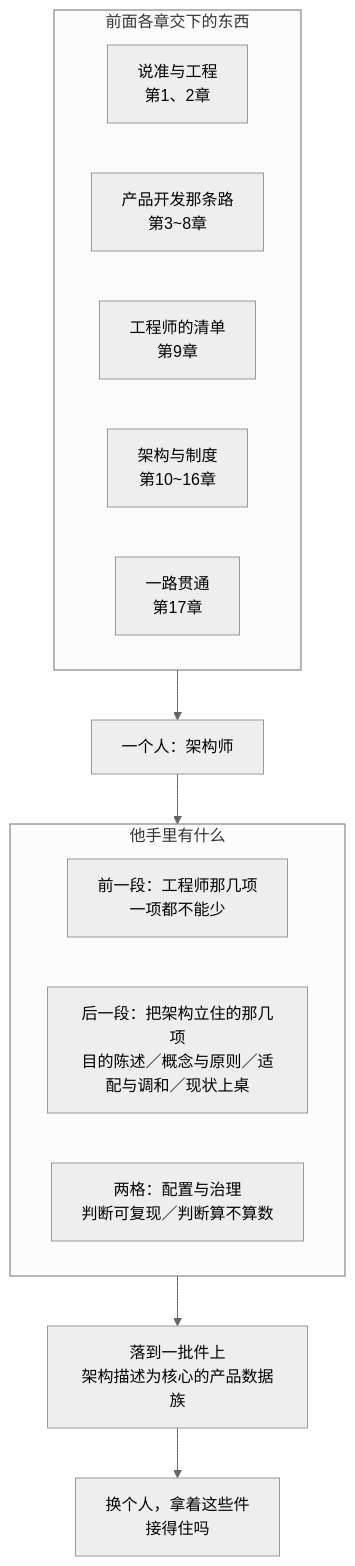
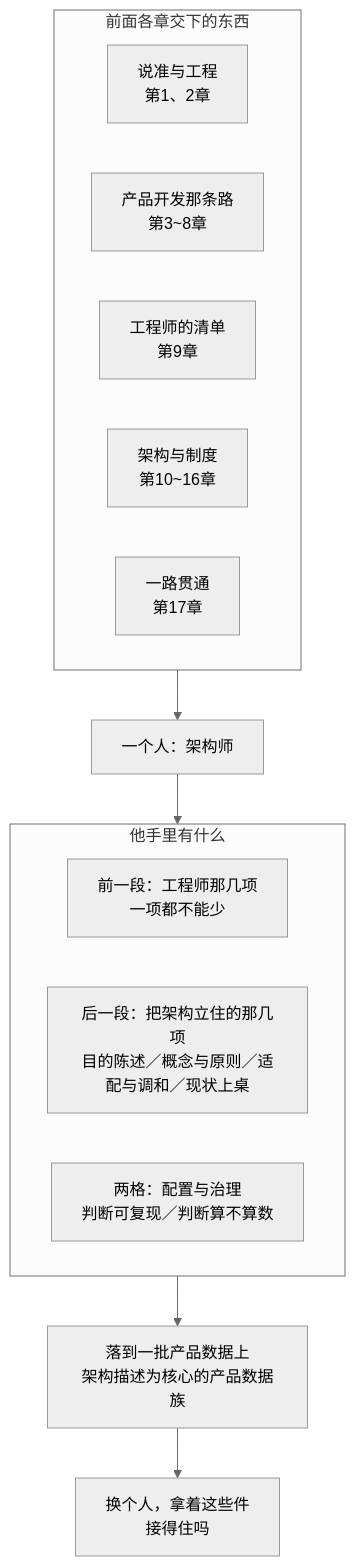
The diagram in 100-subprojects/01-系统工程研究/03-架构师是个怎样的物种/18-第18章-架构师-到底应具备哪些能力.md (Yongjunzhou/AOS-system-design), drawn with Mermaid (neutral theme) before and after one commit. The commit also changed other lines of this file and 61 other files, not shown here.

````diff
--- a/100-subprojects/01-系统工程研究/03-架构师是个怎样的物种/18-第18章-架构师-到底应具备哪些能力.md
+++ b/100-subprojects/01-系统工程研究/03-架构师是个怎样的物种/18-第18章-架构师-到底应具备哪些能力.md
@@ -548,21 +548,21 @@
 ```mermaid
 flowchart TB
   subgraph IN["前面各章交下的东西"]
     direction LR
     A1["说准与工程<br/>第1、2章"]
     A2["产品开发那条路<br/>第3~8章"]
     A3["工程师的清单<br/>第9章"]
     A4["架构与制度<br/>第10~16章"]
     A5["一路贯通<br/>第17章"]
   end
   IN --> WHO["一个人：架构师"]
   subgraph WHO2["他手里有什么"]
     direction LR
     L1["前一段：工程师那几项<br/>一项都不能少"]
     L2["后一段：把架构立住的那几项<br/>目的陈述／概念与原则／适配与调和／现状上桌"]
     L3["两格：配置与治理<br/>判断可复现／判断算不算数"]
   end
   WHO --> WHO2
-  WHO2 --> OUT["落到一批件上<br/>架构描述为核心的产品数据族"]
+  WHO2 --> OUT["落到一批产品数据上<br/>架构描述为核心的产品数据族"]
   OUT --> CHK["换个人，拿着这些件<br/>接得住吗"]
 ```
````
